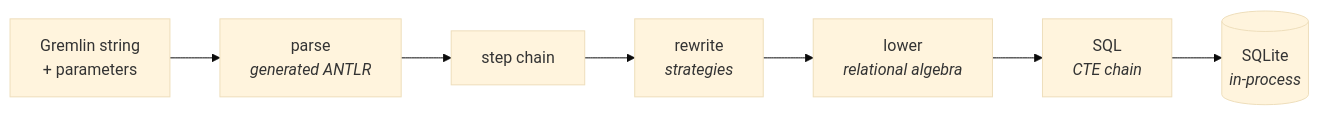
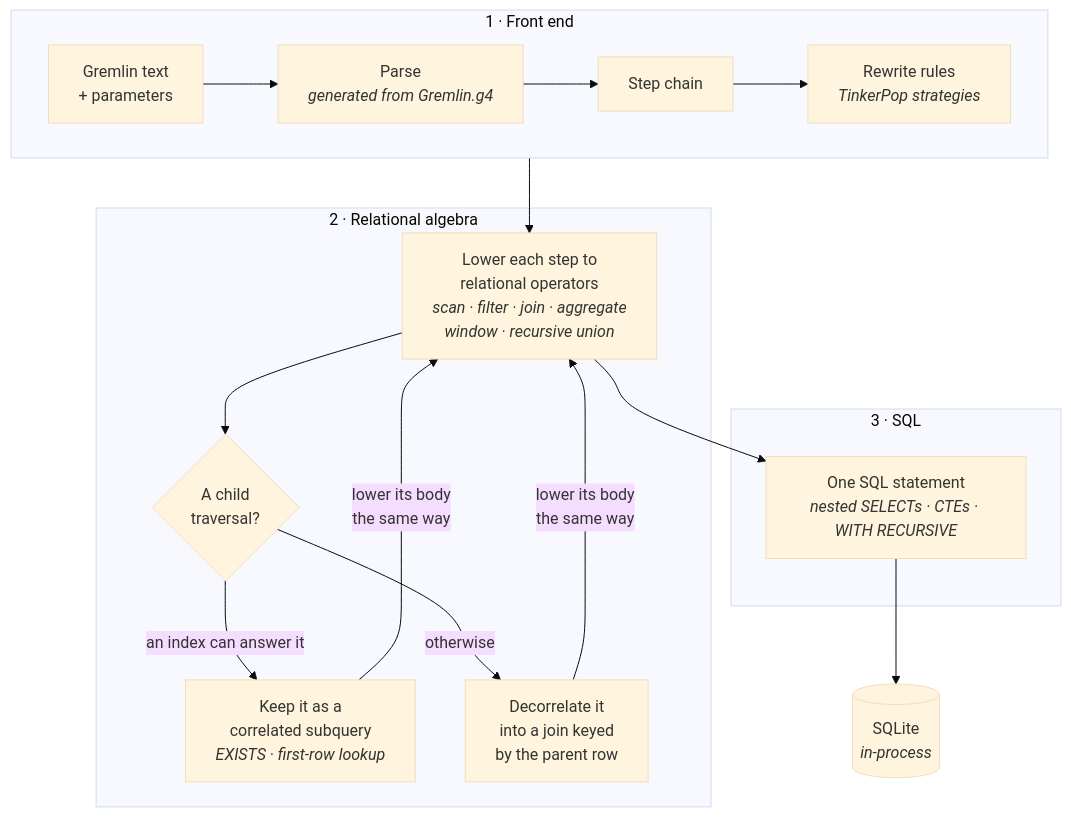
The first of 3 diagrams in README.md (bodar/mogwai-db), drawn with Mermaid (base theme) before and after one commit. The commit also changed other lines of this file, not shown here.

First line of the commit message:
README: How it works shows the engine — relational algebra, decorrelated nesting at any depth, and JavaScript/federation barriers

````diff
--- a/README.md
+++ b/README.md
@@ -81,9 +83,20 @@
 ```mermaid
-flowchart LR
-  G["Gremlin string<br/>+ parameters"] --> P["parse<br/><i>generated ANTLR</i>"]
-  P --> IR["step chain"]
-  IR --> N["rewrite<br/><i>strategies</i>"]
-  N --> L["lower<br/><i>relational algebra</i>"]
-  L --> Q["SQL<br/><i>CTE chain</i>"]
-  Q --> DB[("SQLite<br/><i>in-process</i>")]
+flowchart TB
+  subgraph FE["1 · Front end"]
+    direction LR
+    G["Gremlin text<br/>+ parameters"] --> P["Parse<br/><i>generated from Gremlin.g4</i>"] --> C["Step chain"] --> R["Rewrite rules<br/><i>TinkerPop strategies</i>"]
+  end
+  subgraph ALG["2 · Relational algebra"]
+    L["Lower each step to<br/>relational operators<br/><i>scan · filter · join · aggregate<br/>window · recursive union</i>"]
+    L --> Q{"A child<br/>traversal?"}
+    Q -- "an index can answer it" --> COR["Keep it as a<br/>correlated subquery<br/><i>EXISTS · first-row lookup</i>"]
+    Q -- "otherwise" --> DEC["Decorrelate it<br/>into a join keyed<br/>by the parent row"]
+    COR -- "lower its body<br/>the same way" --> L
+    DEC -- "lower its body<br/>the same way" --> L
+  end
+  subgraph OUT["3 · SQL"]
+    E["One SQL statement<br/><i>nested SELECTs · CTEs · WITH RECURSIVE</i>"]
+  end
+  R --> L
+  L --> E --> DB[("SQLite<br/><i>in-process</i>")]
 ```
````
